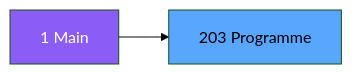
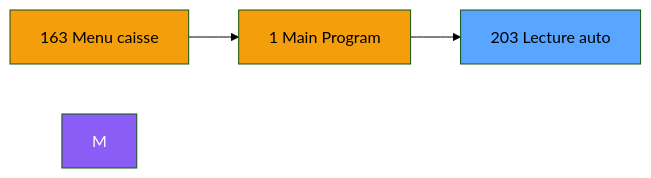
One commit to thonyAGP/magic-migration changed the second of 3 diagrams in .openspec/specs/ADH-IDE-203.md. Above: the diagram before and after it, drawn with Mermaid (forest theme). The commit also changed other lines of this file and 323 other files, not shown here.

````diff
--- a/.openspec/specs/ADH-IDE-203.md
+++ b/.openspec/specs/ADH-IDE-203.md
@@ -98,8 +111,12 @@
 ```mermaid
 graph LR
-    M[1 Main]
-    T[203 Programme]
-    M --> T
+    N163[163 Menu caisse ]
+    N1[1 Main Program]
+    T[203 Lecture auto]
+    N163 --> N1
+    N1 --> T
     style M fill:#8b5cf6,color:#fff
+    style N163 fill:#f59e0b
+    style N1 fill:#f59e0b
     style T fill:#58a6ff,color:#000
 ```
````
